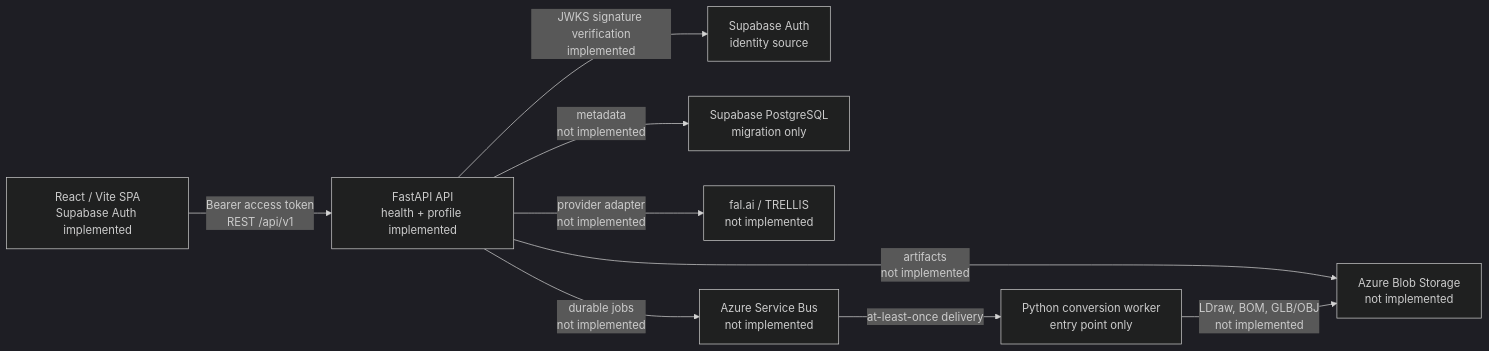
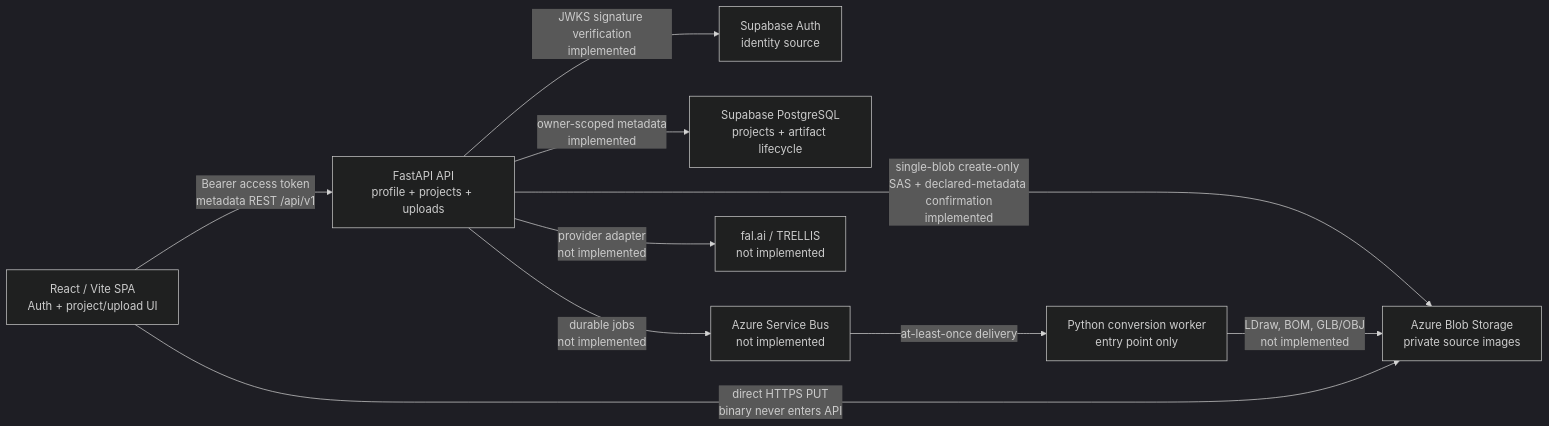
One commit to regan-tan/image-to-lego changed the first of 2 diagrams in docs/architecture/README.md. Above: the diagram before and after it, drawn with Mermaid (dark theme). The commit also changed other lines of this file and 34 other files, not shown here.

Commit message:
feat: add direct Azure Blob image uploads

````diff
--- a/docs/architecture/README.md
+++ b/docs/architecture/README.md
@@ -5,11 +6,12 @@
 ```mermaid
 flowchart LR
-    Web["React / Vite SPA<br/>Supabase Auth implemented"] -->|"Bearer access token<br/>REST /api/v1"| API["FastAPI API<br/>health + profile implemented"]
+    Web["React / Vite SPA<br/>Auth + project/upload UI"] -->|"Bearer access token<br/>metadata REST /api/v1"| API["FastAPI API<br/>profile + projects + uploads"]
     API -->|"JWKS signature verification<br/>implemented"| Supabase["Supabase Auth<br/>identity source"]
-    API -->|"metadata<br/>not implemented"| SupabaseDb["Supabase PostgreSQL<br/>migration only"]
-    API -->|"artifacts<br/>not implemented"| Blob["Azure Blob Storage<br/>not implemented"]
+    API -->|"owner-scoped metadata<br/>implemented"| SupabaseDb["Supabase PostgreSQL<br/>projects + artifact lifecycle"]
+    API -->|"single-blob create-only SAS + declared-metadata confirmation<br/>implemented"| Blob["Azure Blob Storage<br/>private source images"]
+    Web -->|"direct HTTPS PUT<br/>binary never enters API"| Blob
     API -->|"provider adapter<br/>not implemented"| Fal["fal.ai / TRELLIS<br/>not implemented"]
     API -->|"durable jobs<br/>not implemented"| Bus["Azure Service Bus<br/>not implemented"]
     Bus -->|"at-least-once delivery"| Worker["Python conversion worker<br/>entry point only"]
     Worker -->|"LDraw, BOM, GLB/OBJ<br/>not implemented"| Blob
 ```
````
